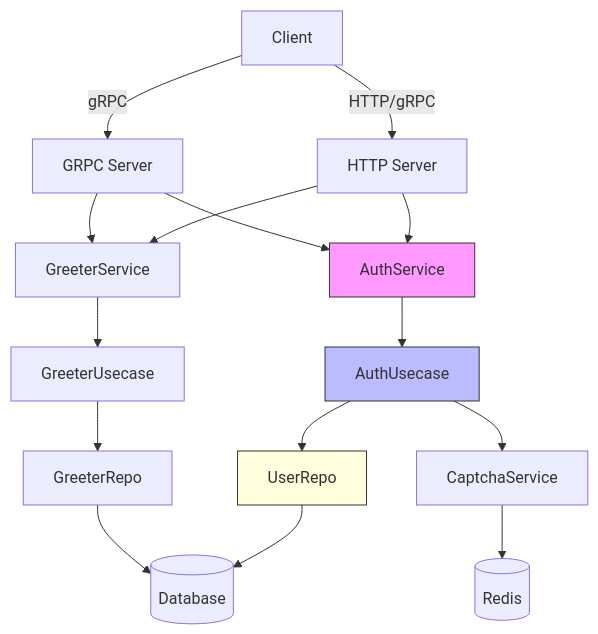
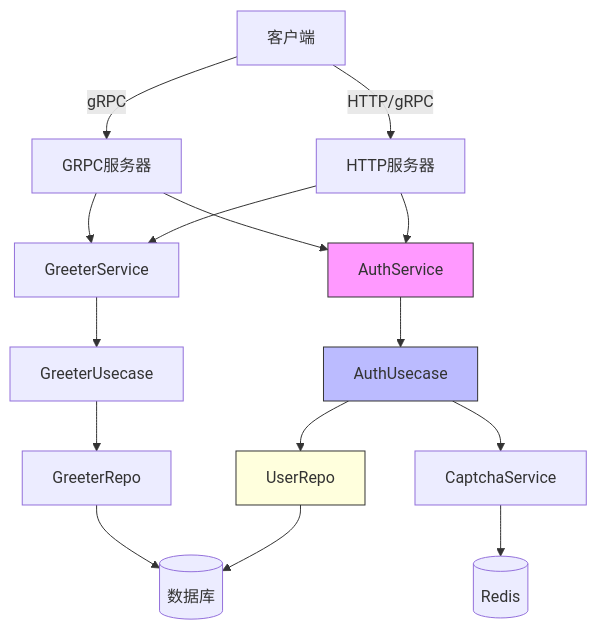
One commit to 26huitailang/kratos-boilerplate changed the second of 2 diagrams in .qoder/repowiki/zh/content/Development Guide/Development Guide.md. Above: the diagram before and after it, drawn with Mermaid. The commit also changed other lines of this file and 62 other files, not shown here.

````diff
--- a/.qoder/repowiki/zh/content/Development Guide/Development Guide.md
+++ b/.qoder/repowiki/zh/content/Development Guide/Development Guide.md
@@ -145,20 +153,20 @@
 ```mermaid
 graph TD
-Client[Client] --> |HTTP/gRPC| HTTPServer[HTTP Server]
-Client --> |gRPC| GRPCServer[GRPC Server]
+Client[客户端] --> |HTTP/gRPC| HTTPServer[HTTP服务器]
+Client --> |gRPC| GRPCServer[GRPC服务器]
 HTTPServer --> AuthService[AuthService]
 HTTPServer --> GreeterService[GreeterService]
 GRPCServer --> AuthService
 GRPCServer --> GreeterService
 AuthService --> AuthUsecase[AuthUsecase]
 GreeterService --> GreeterUsecase[GreeterUsecase]
 AuthUsecase --> UserRepository[UserRepo]
 AuthUsecase --> CaptchaService[CaptchaService]
 GreeterUsecase --> GreeterRepository[GreeterRepo]
-UserRepository --> Database[(Database)]
+UserRepository --> Database[(数据库)]
 CaptchaService --> Redis[(Redis)]
 GreeterRepository --> Database
 style AuthService fill:#f9f,stroke:#333
 style AuthUsecase fill:#bbf,stroke:#333
 style UserRepository fill:#ffd,stroke:#333
 ```
````
